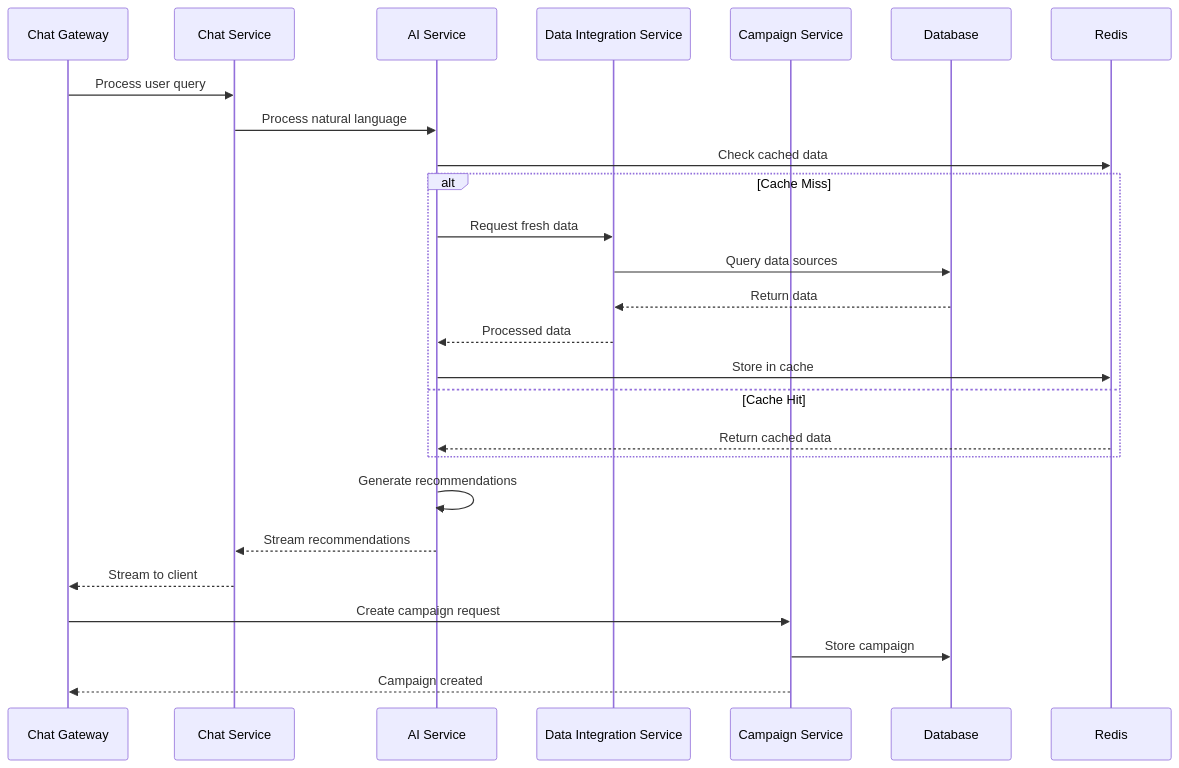
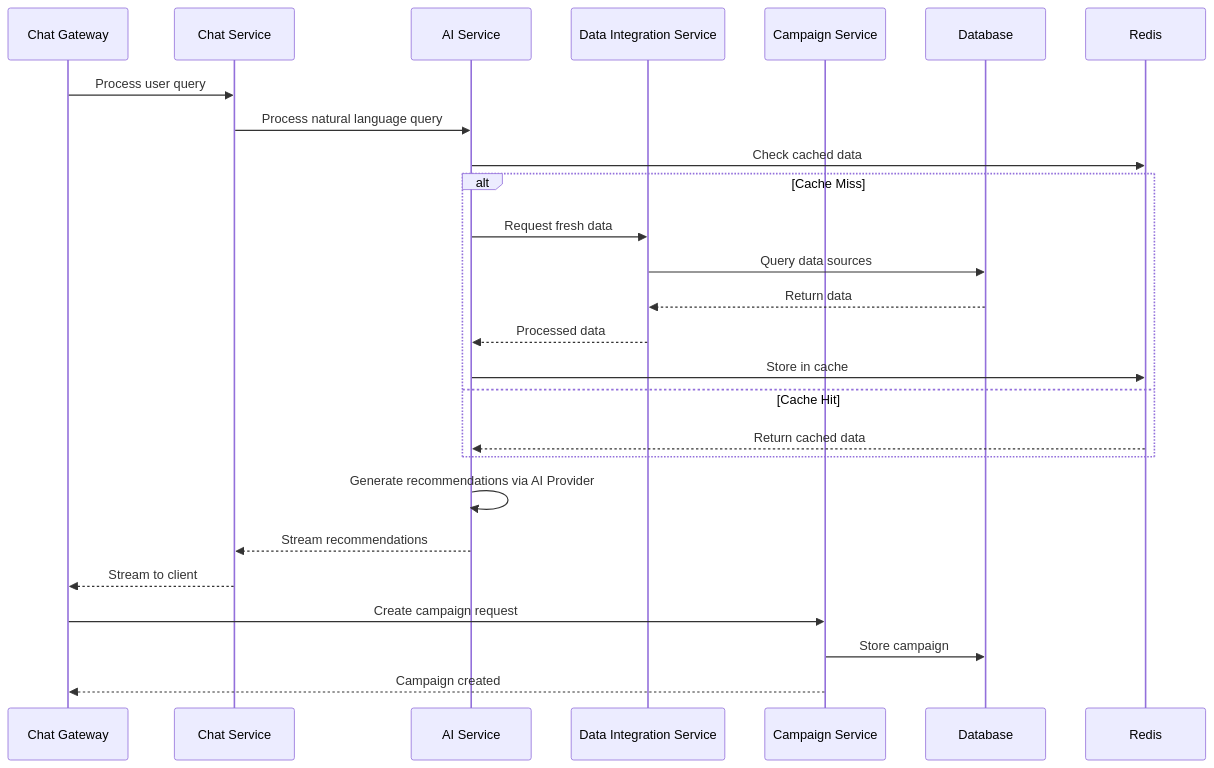
The seventh of 9 diagrams in docs/system-design.md (sakibrahmanchy/markopolo-ai-fullstack-challenge), drawn with Mermaid before and after one commit. The commit also changed other lines of this file and 3 other files, not shown here.

````diff
--- a/docs/system-design.md
+++ b/docs/system-design.md
@@ -364,29 +370,29 @@
 ```mermaid
 sequenceDiagram
     participant CG as Chat Gateway
     participant CS as Chat Service
     participant AI as AI Service
     participant DI as Data Integration Service
     participant CM as Campaign Service
     participant DB as Database
     participant Cache as Redis
     
     CG->>CS: Process user query
-    CS->>AI: Process natural language
+    CS->>AI: Process natural language query
     AI->>Cache: Check cached data
     alt Cache Miss
         AI->>DI: Request fresh data
         DI->>DB: Query data sources
         DB-->>DI: Return data
         DI-->>AI: Processed data
         AI->>Cache: Store in cache
     else Cache Hit
         Cache-->>AI: Return cached data
     end
-    AI->>AI: Generate recommendations
+    AI->>AI: Generate recommendations via AI Provider
     AI-->>CS: Stream recommendations
     CS-->>CG: Stream to client
     CG->>CM: Create campaign request
     CM->>DB: Store campaign
     CM-->>CG: Campaign created
 ```
````
